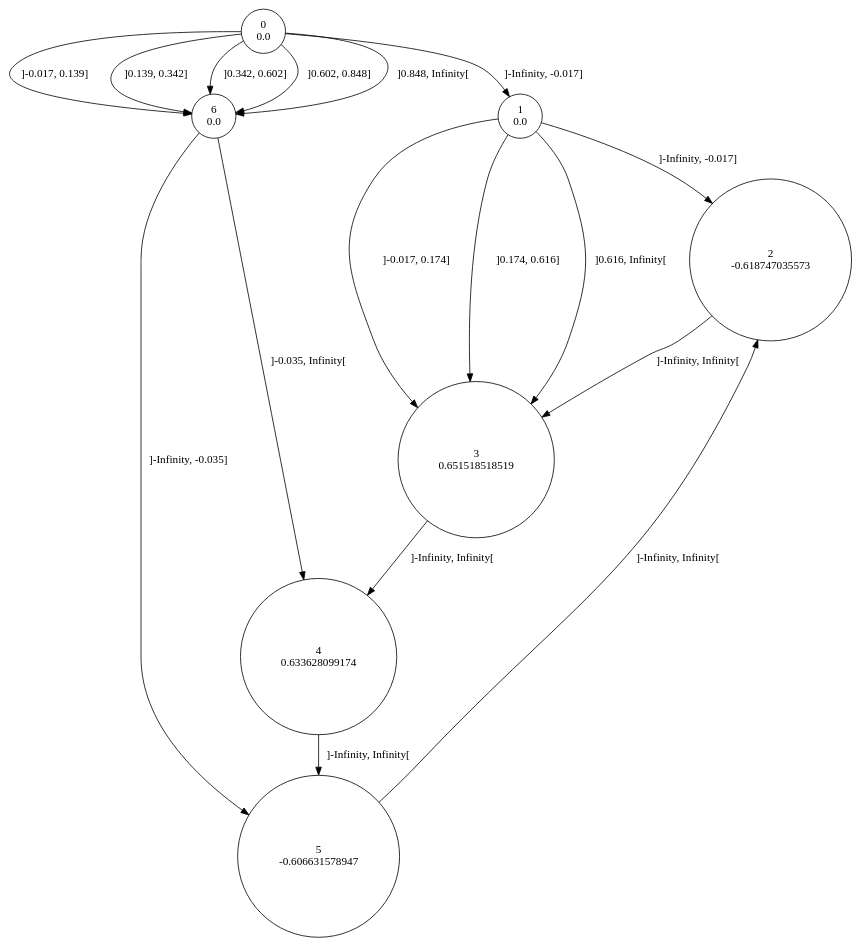
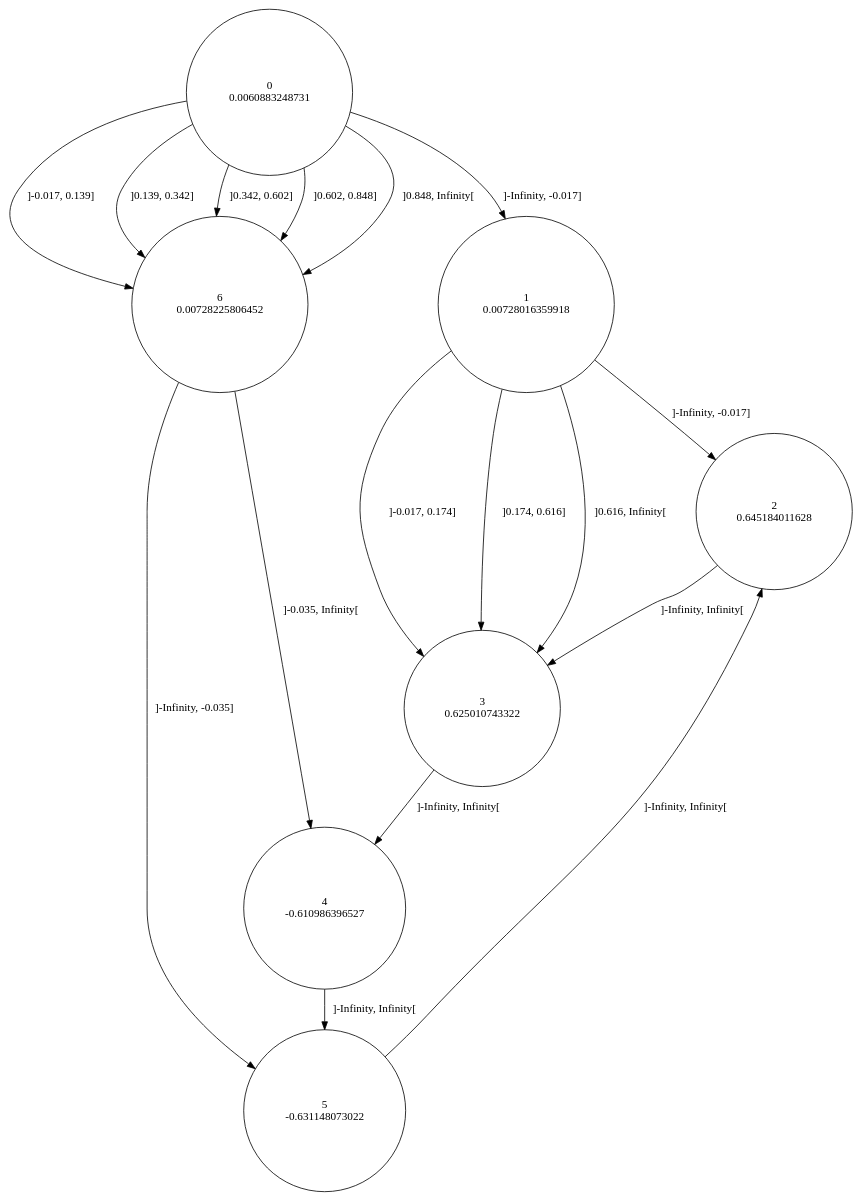
Before and after one commit to gllpellegrino/RAI_experiments: the diagram in sinus/data/2/rtitm.dot, drawn with Graphviz. The commit also changed 25 other files, not shown here.

```diff
--- a/sinus/data/2/rtitm.dot
+++ b/sinus/data/2/rtitm.dot
@@ -1,25 +1,25 @@
 digraph a {
-0 [shape=circle, label="0\n0.0"];
+0 [shape=circle, label="0\n0.0060883248731"];
 	0 -> 1 [label="]-Infinity, -0.017]"];
 	0 -> 6 [label="]-0.017, 0.139]"];
 	0 -> 6 [label="]0.139, 0.342]"];
 	0 -> 6 [label="]0.342, 0.602]"];
 	0 -> 6 [label="]0.602, 0.848]"];
 	0 -> 6 [label="]0.848, Infinity["];
-1 [shape=circle, label="1\n0.0"];
+1 [shape=circle, label="1\n0.00728016359918"];
 	1 -> 2 [label="]-Infinity, -0.017]"];
 	1 -> 3 [label="]-0.017, 0.174]"];
 	1 -> 3 [label="]0.174, 0.616]"];
 	1 -> 3 [label="]0.616, Infinity["];
-2 [shape=circle, label="2\n-0.618747035573"];
+2 [shape=circle, label="2\n0.645184011628"];
 	2 -> 3 [label="]-Infinity, Infinity["];
-3 [shape=circle, label="3\n0.651518518519"];
+3 [shape=circle, label="3\n0.625010743322"];
 	3 -> 4 [label="]-Infinity, Infinity["];
-4 [shape=circle, label="4\n0.633628099174"];
+4 [shape=circle, label="4\n-0.610986396527"];
 	4 -> 5 [label="]-Infinity, Infinity["];
-5 [shape=circle, label="5\n-0.606631578947"];
+5 [shape=circle, label="5\n-0.631148073022"];
 	5 -> 2 [label="]-Infinity, Infinity["];
-6 [shape=circle, label="6\n0.0"];
+6 [shape=circle, label="6\n0.00728225806452"];
 	6 -> 5 [label="]-Infinity, -0.035]"];
 	6 -> 4 [label="]-0.035, Infinity["];
 }
```
